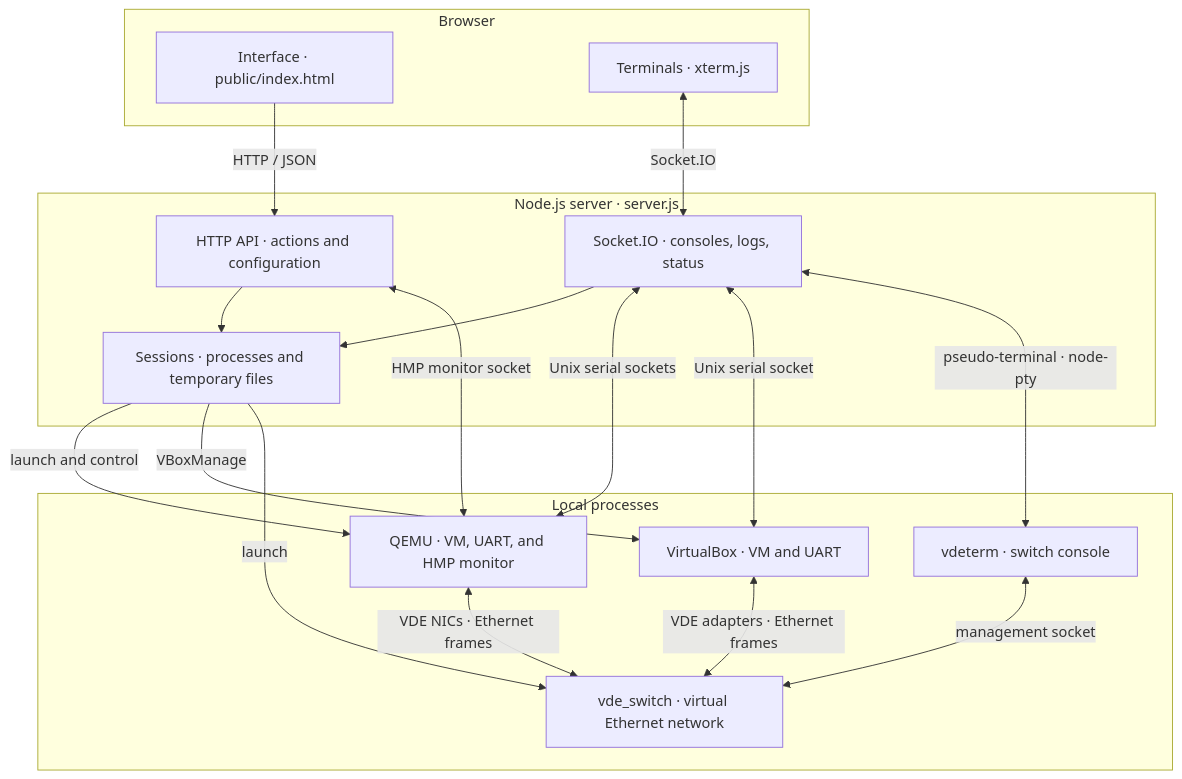
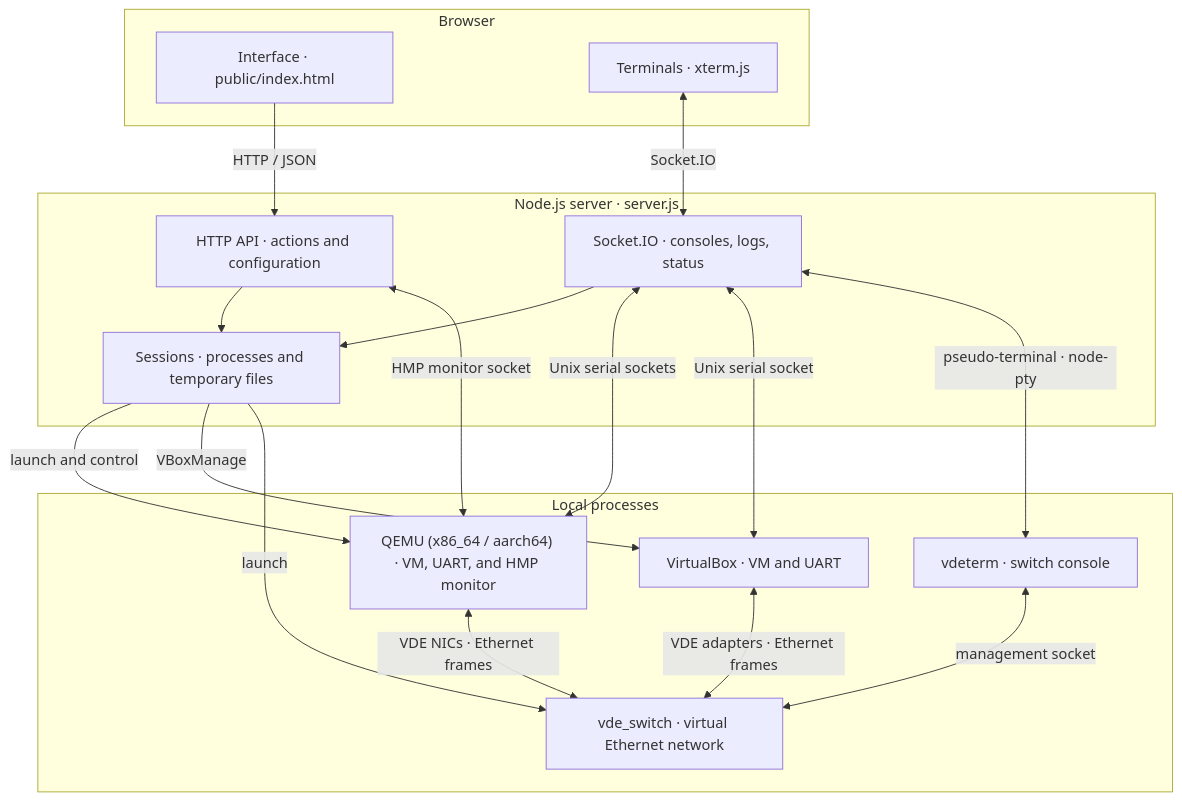
One commit to orel33/qemuweb changed the diagram in docs/architecture.md. Above: the diagram before and after it, drawn with Mermaid. The commit also changed other lines of this file and 1 other file, not shown here.

Commit message:
docs: update README and architecture for multi-arch QEMU and .env configuration

````diff
--- a/docs/architecture.md
+++ b/docs/architecture.md
@@ -7,35 +7,35 @@
 ```mermaid
 flowchart TB
   subgraph Browser["Browser"]
     UI["Interface · public/index.html"]
     Terminal["Terminals · xterm.js"]
   end
 
   subgraph Node["Node.js server · server.js"]
     API["HTTP API · actions and configuration"]
     Socket["Socket.IO · consoles, logs, status"]
     Sessions["Sessions · processes and temporary files"]
   end
 
   subgraph Local["Local processes"]
-    QEMU["QEMU · VM, UART, and HMP monitor"]
+    QEMU["QEMU (x86_64 / aarch64) · VM, UART, and HMP monitor"]
     VBox["VirtualBox · VM and UART"]
     VDE["vde_switch · virtual Ethernet network"]
     VDeterm["vdeterm · switch console"]
   end
 
   UI -->|"HTTP / JSON"| API
   Terminal <-->|"Socket.IO"| Socket
   API --> Sessions
   Socket --> Sessions
   Sessions -->|"launch and control"| QEMU
   Sessions -->|"VBoxManage"| VBox
   Sessions -->|"launch"| VDE
   Socket <-->|"Unix serial sockets"| QEMU
   Socket <-->|"Unix serial socket"| VBox
   Socket <-->|"pseudo-terminal · node-pty"| VDeterm
   VDeterm <-->|"management socket"| VDE
   QEMU <-->|"VDE NICs · Ethernet frames"| VDE
   VBox <-->|"VDE adapters · Ethernet frames"| VDE
   API <-->|"HMP monitor socket"| QEMU
 ```
````
